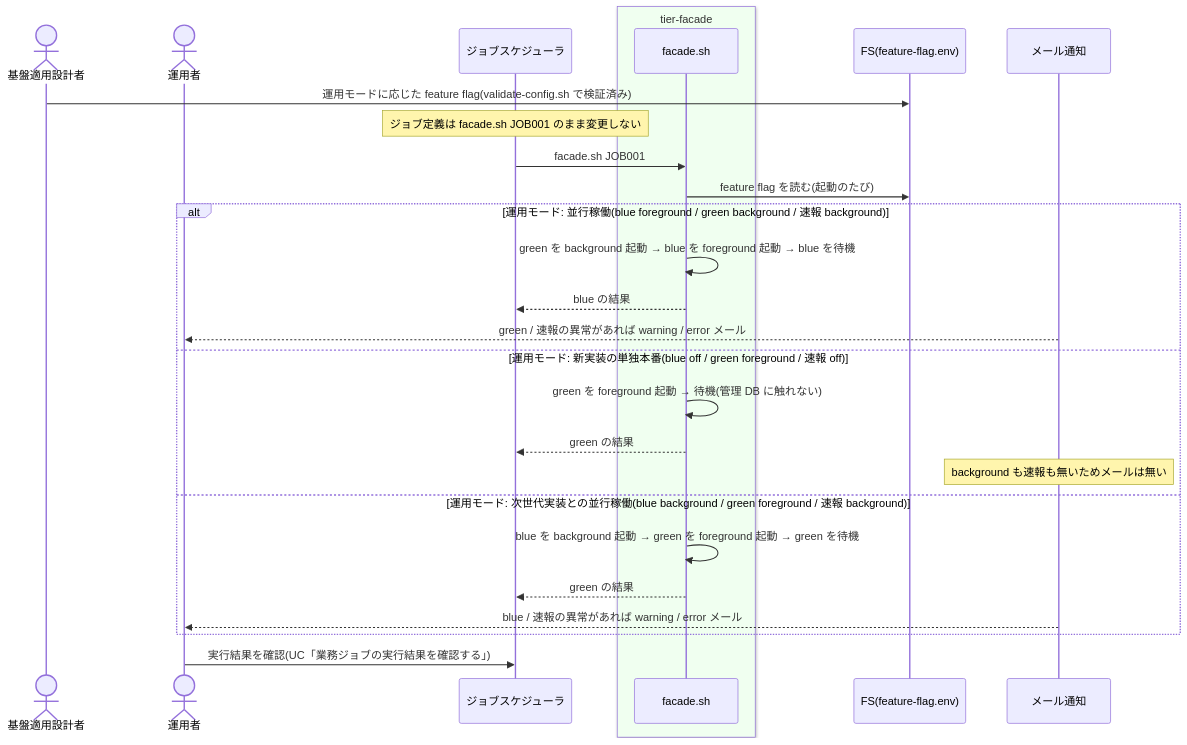
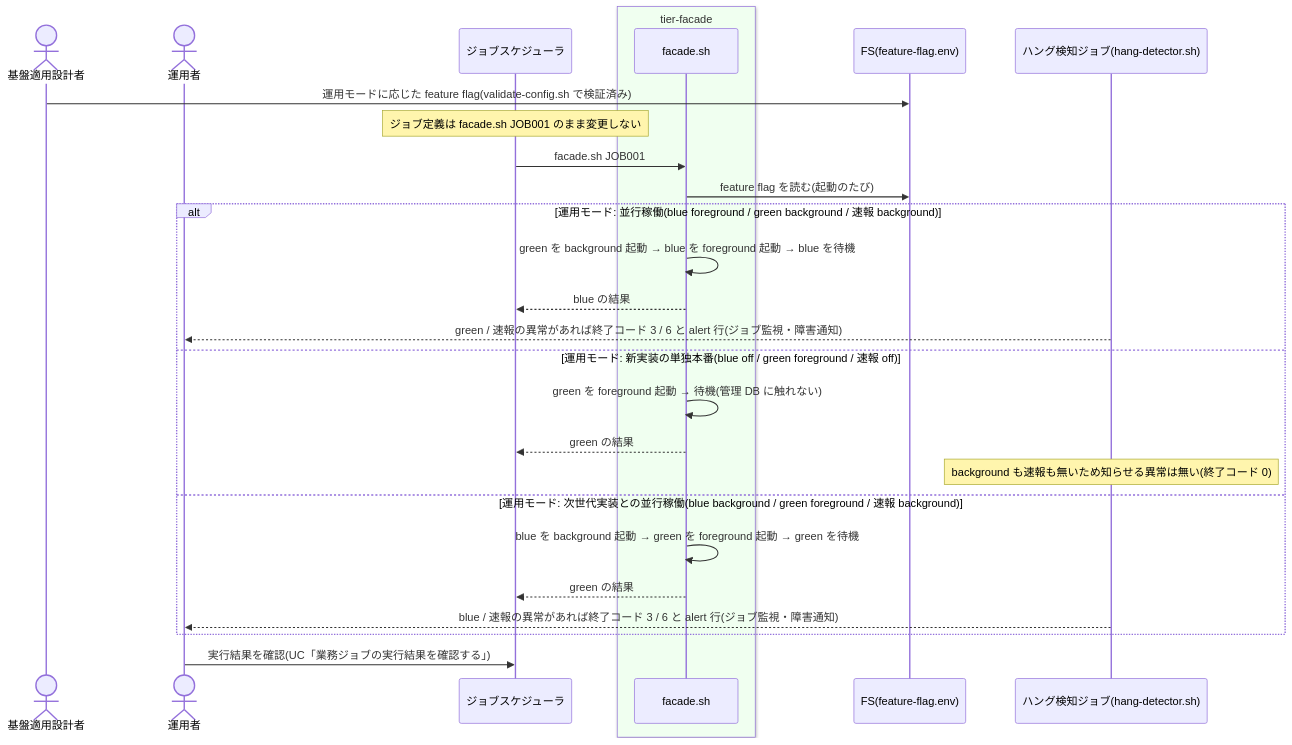
Before and after one commit to suwa-sh/relay-gate: the second of 2 diagrams in docs/specs/latest/適用構成業務/適用構成定義フロー/切り替えた運用モードで業務ジョブを実行する/spec.md, drawn with Mermaid. The commit also changed other lines of this file and 2131 other files, not shown here.

````diff
--- a/docs/specs/latest/適用構成業務/適用構成定義フロー/切り替えた運用モードで業務ジョブを実行する/spec.md
+++ b/docs/specs/latest/適用構成業務/適用構成定義フロー/切り替えた運用モードで業務ジョブを実行する/spec.md
@@ -46,30 +46,30 @@
 ```mermaid
 sequenceDiagram
   actor Designer as 基盤適用設計者
   actor Ops as 運用者
   participant Sched as ジョブスケジューラ
   box rgb(240,255,240) tier-facade
     participant Facade as facade.sh
   end
   participant FS as FS(feature-flag.env)
-  participant Mail as メール通知
+  participant Hang as ハング検知ジョブ(hang-detector.sh)
 
   Designer->>FS: 運用モードに応じた feature flag(validate-config.sh で検証済み)
   Note over Sched: ジョブ定義は facade.sh JOB001 のまま変更しない
   Sched->>Facade: facade.sh JOB001
   Facade->>FS: feature flag を読む(起動のたび)
   alt 運用モード: 並行稼働(blue foreground / green background / 速報 background)
     Facade->>Facade: green を background 起動 → blue を foreground 起動 → blue を待機
     Facade-->>Sched: blue の結果
-    Mail-->>Ops: green / 速報の異常があれば warning / error メール
+    Hang-->>Ops: green / 速報の異常があれば終了コード 3 / 6 と alert 行(ジョブ監視・障害通知)
   else 運用モード: 新実装の単独本番(blue off / green foreground / 速報 off)
     Facade->>Facade: green を foreground 起動 → 待機(管理 DB に触れない)
     Facade-->>Sched: green の結果
-    Note over Mail: background も速報も無いためメールは無い
+    Note over Hang: background も速報も無いため知らせる異常は無い(終了コード 0)
   else 運用モード: 次世代実装との並行稼働(blue background / green foreground / 速報 background)
     Facade->>Facade: blue を background 起動 → green を foreground 起動 → green を待機
     Facade-->>Sched: green の結果
-    Mail-->>Ops: blue / 速報の異常があれば warning / error メール
+    Hang-->>Ops: blue / 速報の異常があれば終了コード 3 / 6 と alert 行(ジョブ監視・障害通知)
   end
   Ops->>Sched: 実行結果を確認(UC「業務ジョブの実行結果を確認する」)
 ```
````
